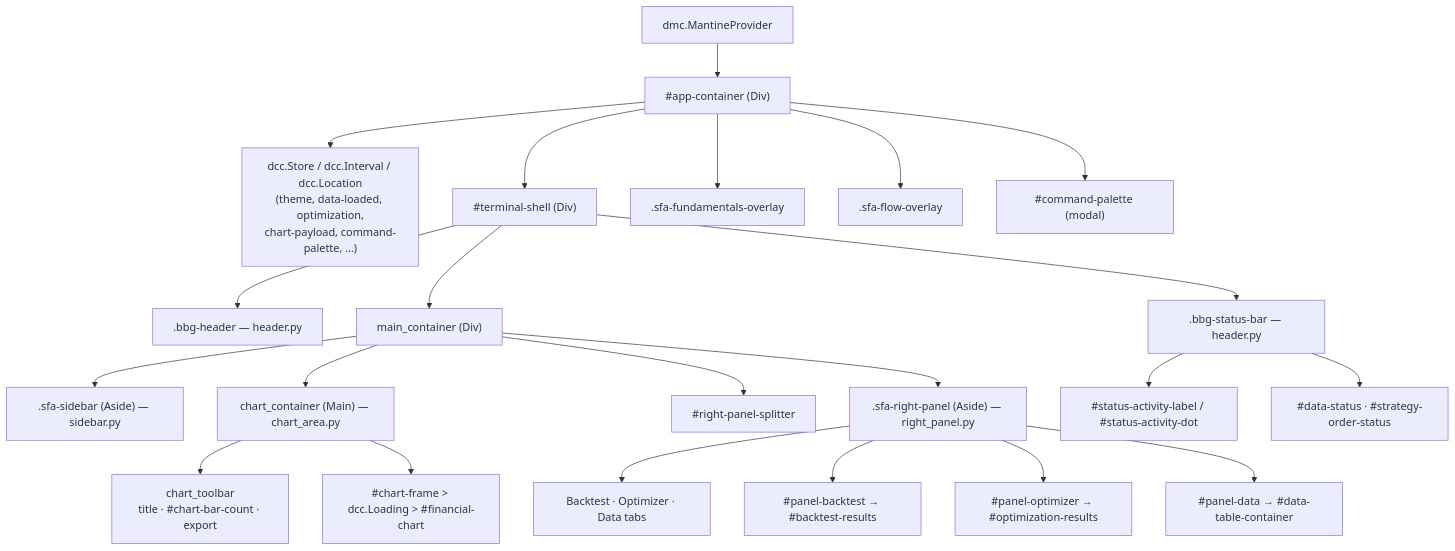
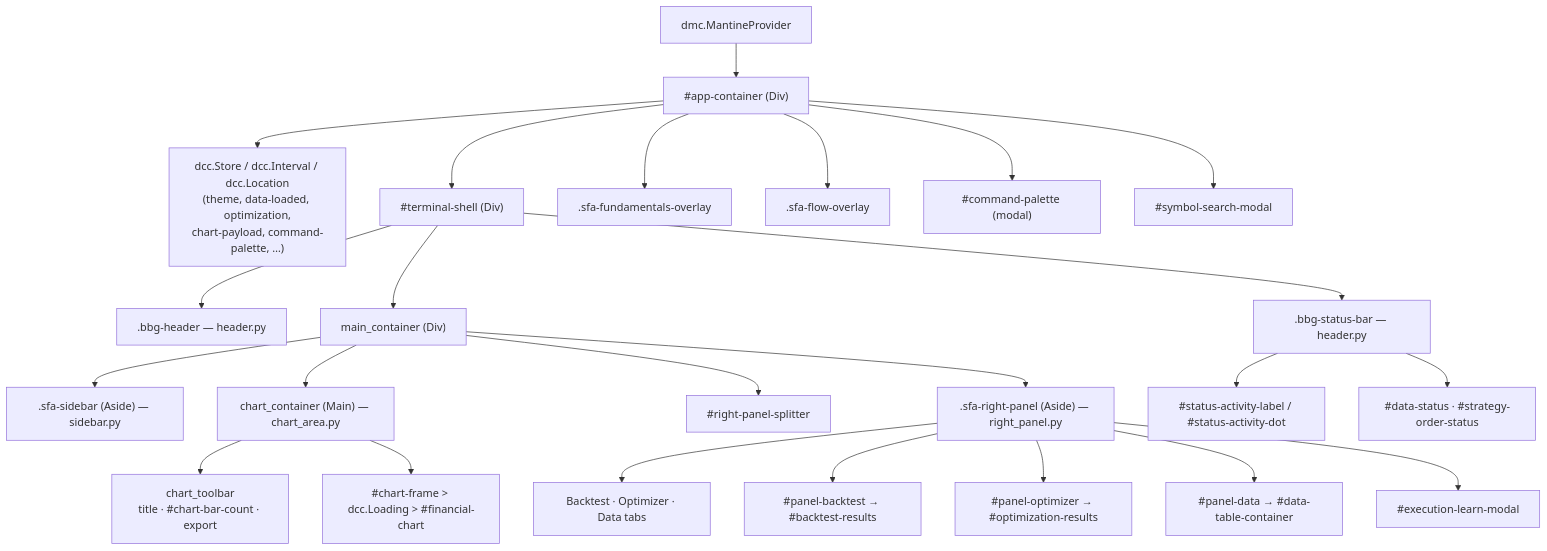
One commit to Noeinkan/F2_SearchForAlpha_lab changed the diagram in docs/ui-architecture.md. Above: the diagram before and after it, drawn with Mermaid. The commit also changed other lines of this file and 9 other files, not shown here.

First line of the commit message:
feat(dash): enhance symbol search and dashboard features

````diff
--- a/docs/ui-architecture.md
+++ b/docs/ui-architecture.md
@@ -14,29 +14,31 @@
 ```mermaid
 graph TD
     MP[dmc.MantineProvider] --> APP["#app-container (Div)"]
     APP --> STORES["dcc.Store / dcc.Interval / dcc.Location<br/>(theme, data-loaded, optimization,<br/>chart-payload, command-palette, …)"]
     APP --> SHELL["#terminal-shell (Div)"]
     APP --> FOV[".sfa-fundamentals-overlay"]
     APP --> FLOW[".sfa-flow-overlay"]
     APP --> PALETTE["#command-palette (modal)"]
+    APP --> SYMSEARCH["#symbol-search-modal"]
 
     SHELL --> HEADER[".bbg-header — header.py"]
     SHELL --> MAIN["main_container (Div)"]
     SHELL --> STATUS[".bbg-status-bar — header.py"]
 
     MAIN --> SIDEBAR[".sfa-sidebar (Aside) — sidebar.py"]
     MAIN --> CHART["chart_container (Main) — chart_area.py"]
     MAIN --> SPLIT["#right-panel-splitter"]
     MAIN --> RIGHT[".sfa-right-panel (Aside) — right_panel.py"]
 
     CHART --> TOOLBAR["chart_toolbar<br/>title · #chart-bar-count · export"]
     CHART --> FRAME["#chart-frame > dcc.Loading > #financial-chart"]
 
     RIGHT --> TABS["Backtest · Optimizer · Data tabs"]
     RIGHT --> BT["#panel-backtest → #backtest-results"]
     RIGHT --> OPT["#panel-optimizer → #optimization-results"]
     RIGHT --> DATA["#panel-data → #data-table-container"]
+    RIGHT --> EXEC["#execution-learn-modal"]
 
     STATUS --> ACT["#status-activity-label / #status-activity-dot"]
     STATUS --> DS["#data-status · #strategy-order-status"]
 ```
````
